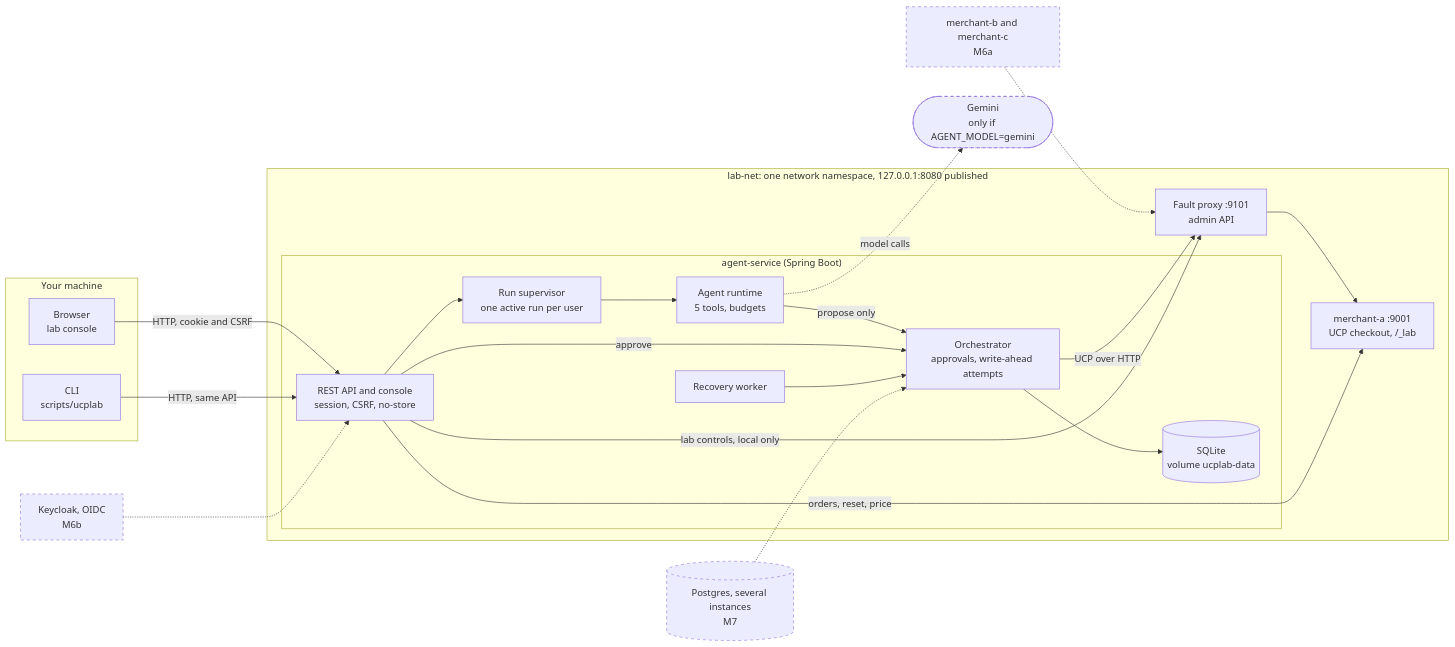
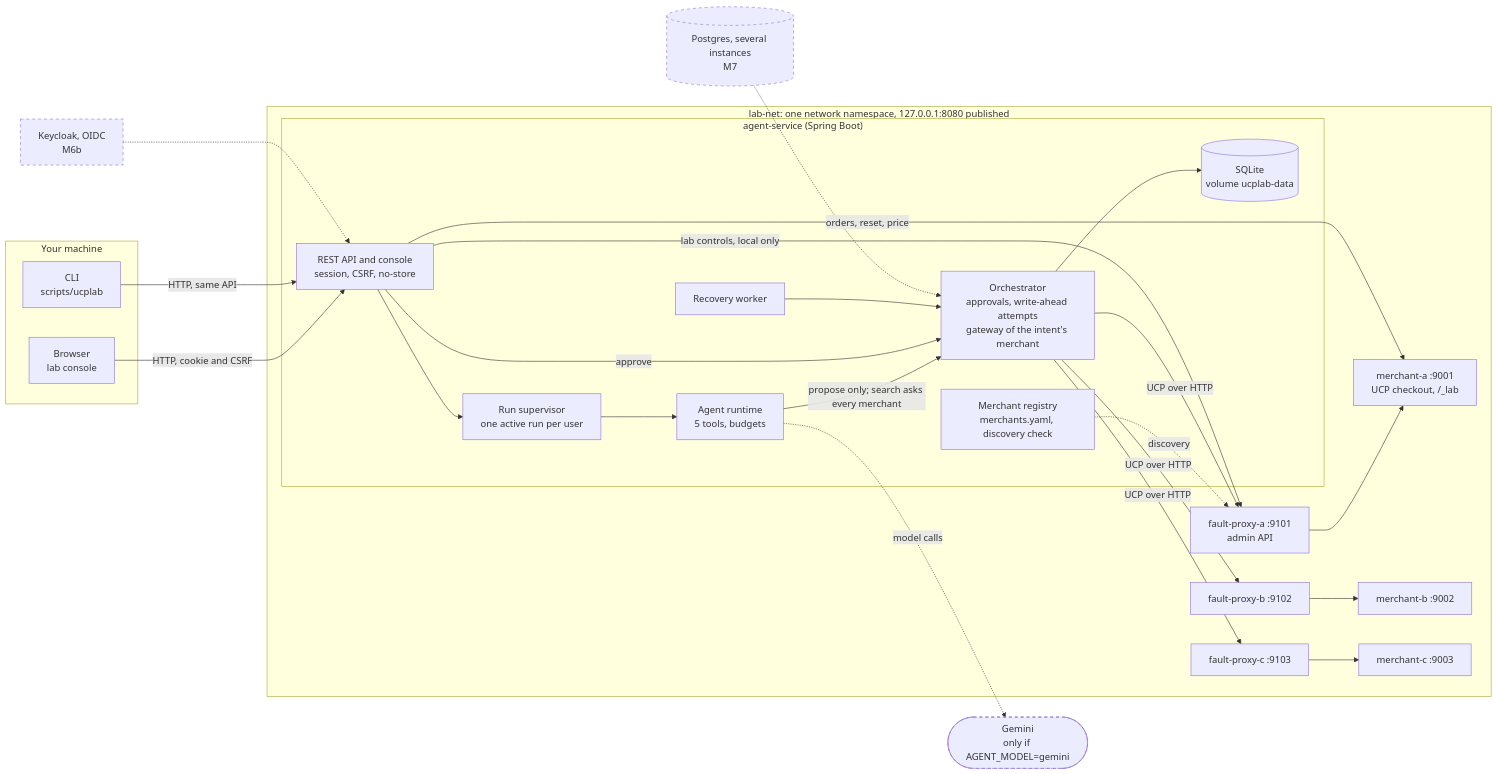
One commit to pranishpushkar/UCPCheckoutAgent changed the diagram in README.md. Above: the diagram before and after it, drawn with Mermaid. The commit also changed other lines of this file and 5 other files, not shown here.

First line of the commit message:
Reports, README, architecture, ADR 0007 (M6a C15)

````diff
--- a/README.md
+++ b/README.md
@@ -70,40 +70,46 @@
 ```mermaid
 flowchart LR
   subgraph host["Your machine"]
     browser["Browser<br/>lab console"]
     cli["CLI<br/>scripts/ucplab"]
   end
   subgraph ns["lab-net: one network namespace, 127.0.0.1:8080 published"]
     subgraph svc["agent-service (Spring Boot)"]
       api["REST API and console<br/>session, CSRF, no-store"]
       sup["Run supervisor<br/>one active run per user"]
       rt["Agent runtime<br/>5 tools, budgets"]
-      orch["Orchestrator<br/>approvals, write-ahead attempts"]
+      reg["Merchant registry<br/>merchants.yaml, discovery check"]
+      orch["Orchestrator<br/>approvals, write-ahead attempts<br/>gateway of the intent's merchant"]
       rec["Recovery worker"]
       db[("SQLite<br/>volume ucplab-data")]
     end
-    proxy["Fault proxy :9101<br/>admin API"]
-    merchant["merchant-a :9001<br/>UCP checkout, /_lab"]
+    proxyA["fault-proxy-a :9101<br/>admin API"]
+    proxyB["fault-proxy-b :9102"]
+    proxyC["fault-proxy-c :9103"]
+    merchantA["merchant-a :9001<br/>UCP checkout, /_lab"]
+    merchantB["merchant-b :9002"]
+    merchantC["merchant-c :9003"]
   end
   gemini(["Gemini<br/>only if AGENT_MODEL=gemini"])
   keycloak["Keycloak, OIDC<br/>M6b"]
-  more["merchant-b and merchant-c<br/>M6a"]
   pg[("Postgres, several instances<br/>M7")]
 
   browser -->|HTTP, cookie and CSRF| api
   cli -->|HTTP, same API| api
   api --> sup --> rt
-  rt -->|propose only| orch
+  rt -->|propose only; search asks every merchant| orch
   api -->|approve| orch
   orch --> db
   rec --> orch
+  reg -.->|discovery| proxyA
   rt -.->|model calls| gemini
-  orch -->|UCP over HTTP| proxy --> merchant
-  api -->|lab controls, local only| proxy
-  api -->|orders, reset, price| merchant
+  orch -->|UCP over HTTP| proxyA --> merchantA
+  orch -->|UCP over HTTP| proxyB --> merchantB
+  orch -->|UCP over HTTP| proxyC --> merchantC
+  api -->|lab controls, local only| proxyA
+  api -->|orders, reset, price| merchantA
   keycloak -.-> api
-  more -.-> proxy
   pg -.-> orch
   classDef next stroke-dasharray: 5 5
-  class keycloak,more,pg,gemini next
+  class keycloak,pg,gemini next
 ```
````
